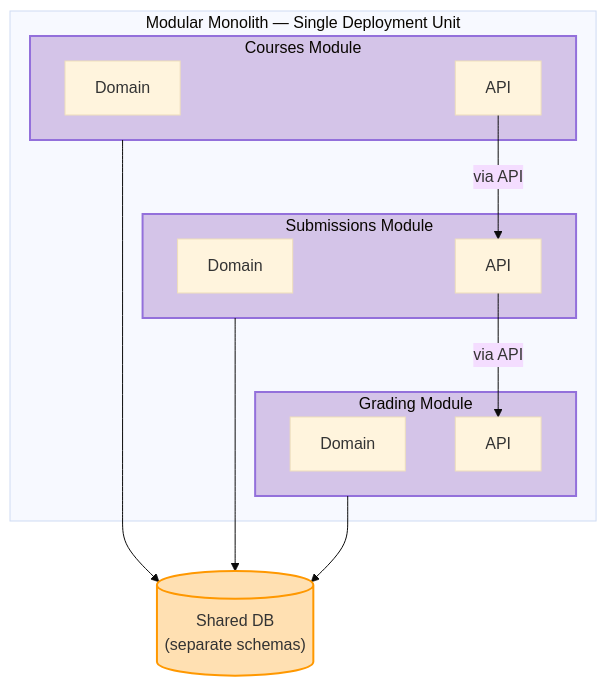
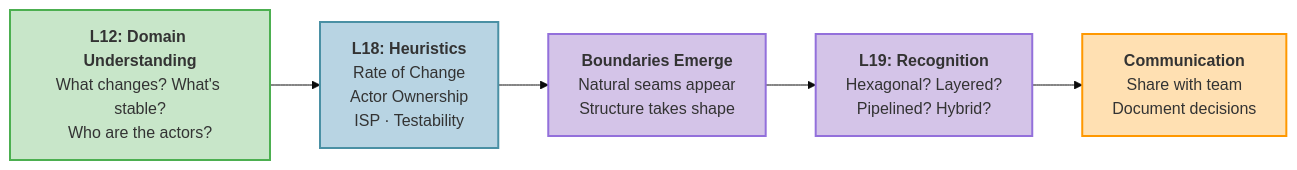
Before and after one commit to neu-pdi/cs3100-public-resources: the ninth of 9 diagrams in lecture-slides/l19-architectural-qualities.mdx, drawn with Mermaid. The commit also changed other lines of this file and 13 other files, not shown here.

````diff
--- a/lecture-slides/l19-architectural-qualities.mdx
+++ b/lecture-slides/l19-architectural-qualities.mdx
@@ -2195,29 +2330,18 @@
 ```mermaid
 %%{init: {'theme': 'base', 'themeVariables': { 'fontSize': '16px' }}}%%
-graph TD
-    subgraph MM["Modular Monolith — Single Deployment Unit"]
-        subgraph C["Courses Module"]
-            CD["Domain"]
-            CA["API"]
-        end
-        subgraph S["Submissions Module"]
-            SD["Domain"]
-            SA["API"]
-        end
-        subgraph G["Grading Module"]
-            GD["Domain"]
-            GA["API"]
-        end
-    end
-    SA -->|"via API"| GA
-    CA -->|"via API"| SA
-    DB[("Shared DB<br/>(separate schemas)")]
-    C --> DB
-    S --> DB
-    G --> DB
+flowchart LR
+    L12["<strong>L12: Domain Understanding</strong><br/>What changes? What's stable?<br/>Who are the actors?"] --> L18["<strong>L18: Heuristics</strong><br/>Rate of Change<br/>Actor Ownership<br/>ISP · Testability"]
+    L18 --> EMERGE["<strong>Boundaries Emerge</strong><br/>Natural seams appear<br/>Structure takes shape"]
+    EMERGE --> L19["<strong>L19: Recognition</strong><br/>Hexagonal? Layered?<br/>Pipelined? Hybrid?"]
+    L19 --> COMMUNICATE["<strong>Communication</strong><br/>Share with team<br/>Document decisions"]
 
-    classDef modbox fill:#D4C4E8,stroke:#9370DB,stroke-width:2px
-    classDef db fill:#FFE0B2,stroke:#FF9800,stroke-width:2px
-    class C,S,G modbox
-    class DB db
+    classDef domain fill:#C8E6C9,stroke:#4CAF50,stroke-width:2px
+    classDef heuristic fill:#B8D4E3,stroke:#4A90A4,stroke-width:2px
+    classDef emerge fill:#D4C4E8,stroke:#9370DB,stroke-width:2px
+    classDef comm fill:#FFE0B2,stroke:#FF9800,stroke-width:2px
+
+    class L12 domain
+    class L18 heuristic
+    class EMERGE,L19 emerge
+    class COMMUNICATE comm
 ```
````
